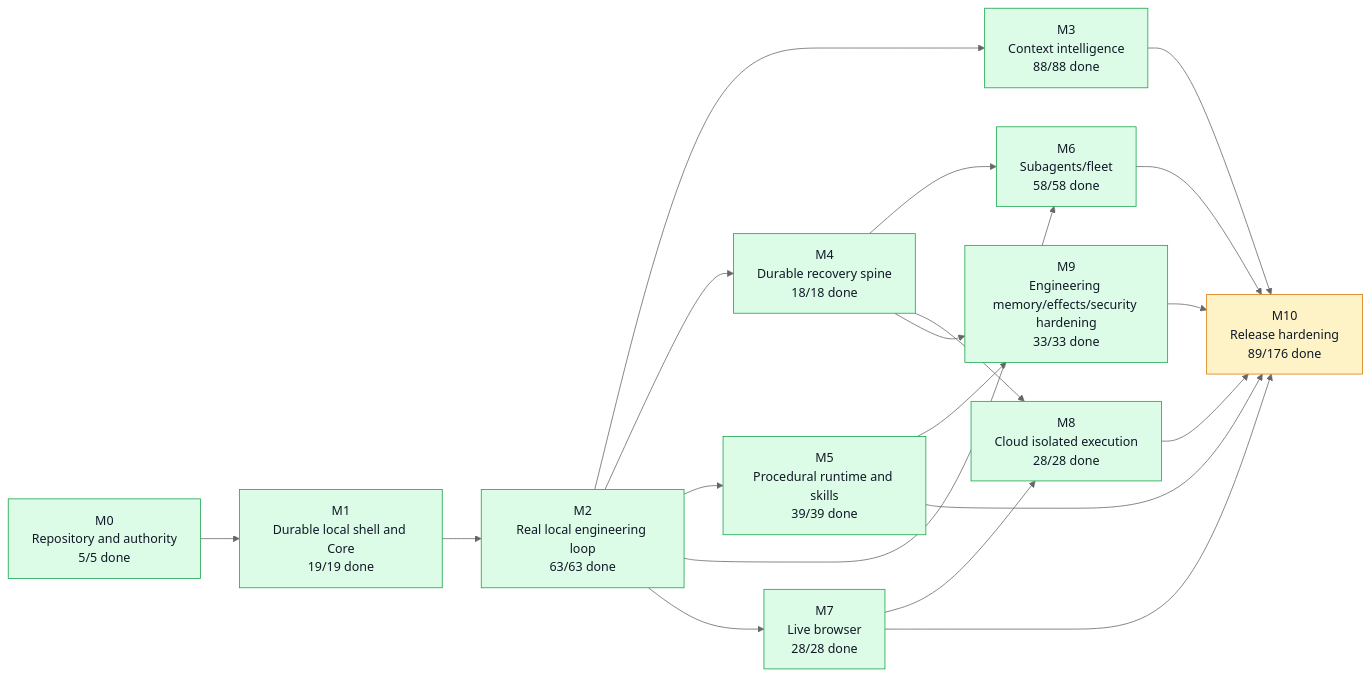
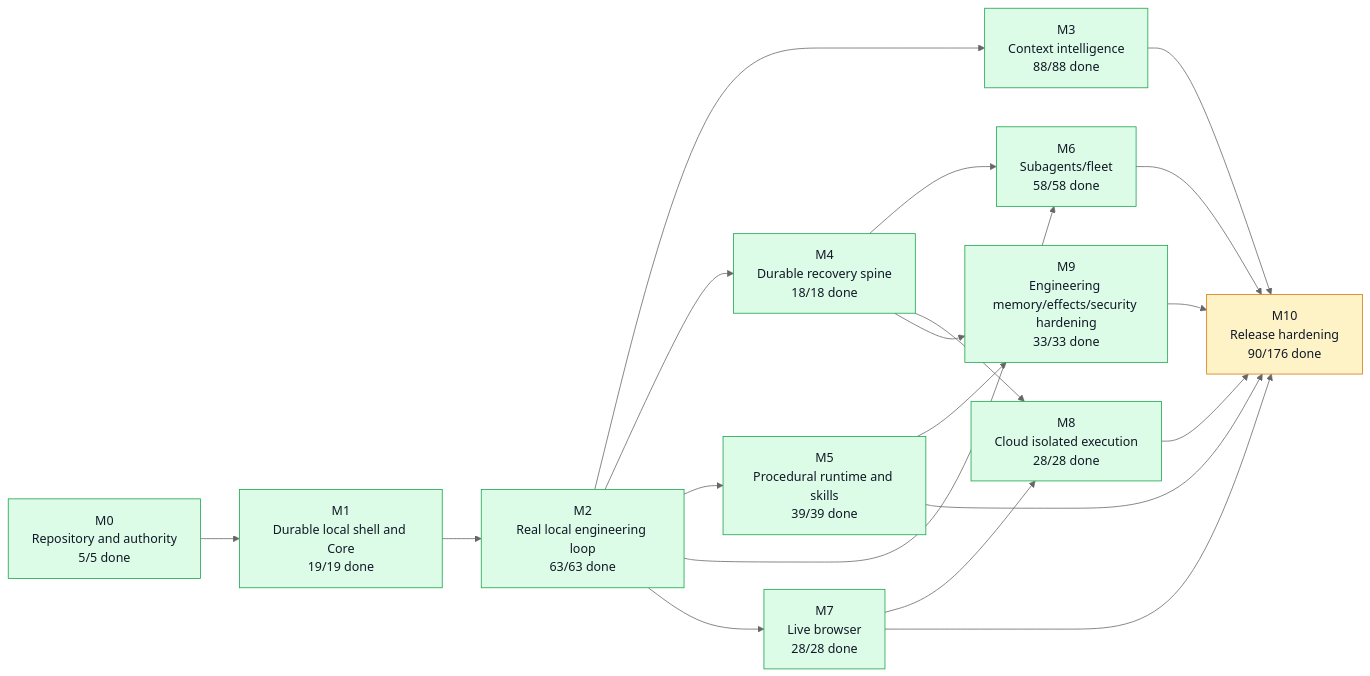
One commit to moss101/modbit changed the first of 5 diagrams in graph/PROJECT_GRAPH.md. Above: the diagram before and after it, drawn with Mermaid (neutral theme). The commit also changed other lines of this file and 5 other files, not shown here.

````diff
--- a/graph/PROJECT_GRAPH.md
+++ b/graph/PROJECT_GRAPH.md
@@ -57,43 +57,43 @@
 ```mermaid
 flowchart LR
   M0["M0<br/>Repository and authority<br/>5/5 done"]
   M1["M1<br/>Durable local shell and Core<br/>19/19 done"]
   M2["M2<br/>Real local engineering loop<br/>63/63 done"]
   M3["M3<br/>Context intelligence<br/>88/88 done"]
   M4["M4<br/>Durable recovery spine<br/>18/18 done"]
   M5["M5<br/>Procedural runtime and skills<br/>39/39 done"]
   M6["M6<br/>Subagents/fleet<br/>58/58 done"]
   M7["M7<br/>Live browser<br/>28/28 done"]
   M8["M8<br/>Cloud isolated execution<br/>28/28 done"]
   M9["M9<br/>Engineering memory/effects/security hardening<br/>33/33 done"]
-  M10["M10<br/>Release hardening<br/>89/176 done"]
+  M10["M10<br/>Release hardening<br/>90/176 done"]
   M0 --> M1
   M1 --> M2
   M2 --> M3
   M2 --> M4
   M2 --> M5
   M2 --> M6
   M4 --> M6
   M2 --> M7
   M4 --> M8
   M7 --> M8
   M4 --> M9
   M5 --> M9
   M3 --> M10
   M5 --> M10
   M6 --> M10
   M7 --> M10
   M8 --> M10
   M9 --> M10
   style M0 fill:#dcfce7,stroke:#16a34a,color:#111827
   style M1 fill:#dcfce7,stroke:#16a34a,color:#111827
   style M2 fill:#dcfce7,stroke:#16a34a,color:#111827
   style M3 fill:#dcfce7,stroke:#16a34a,color:#111827
   style M4 fill:#dcfce7,stroke:#16a34a,color:#111827
   style M5 fill:#dcfce7,stroke:#16a34a,color:#111827
   style M6 fill:#dcfce7,stroke:#16a34a,color:#111827
   style M7 fill:#dcfce7,stroke:#16a34a,color:#111827
   style M8 fill:#dcfce7,stroke:#16a34a,color:#111827
   style M9 fill:#dcfce7,stroke:#16a34a,color:#111827
   style M10 fill:#fef3c7,stroke:#d97706,color:#111827
 ```
````
